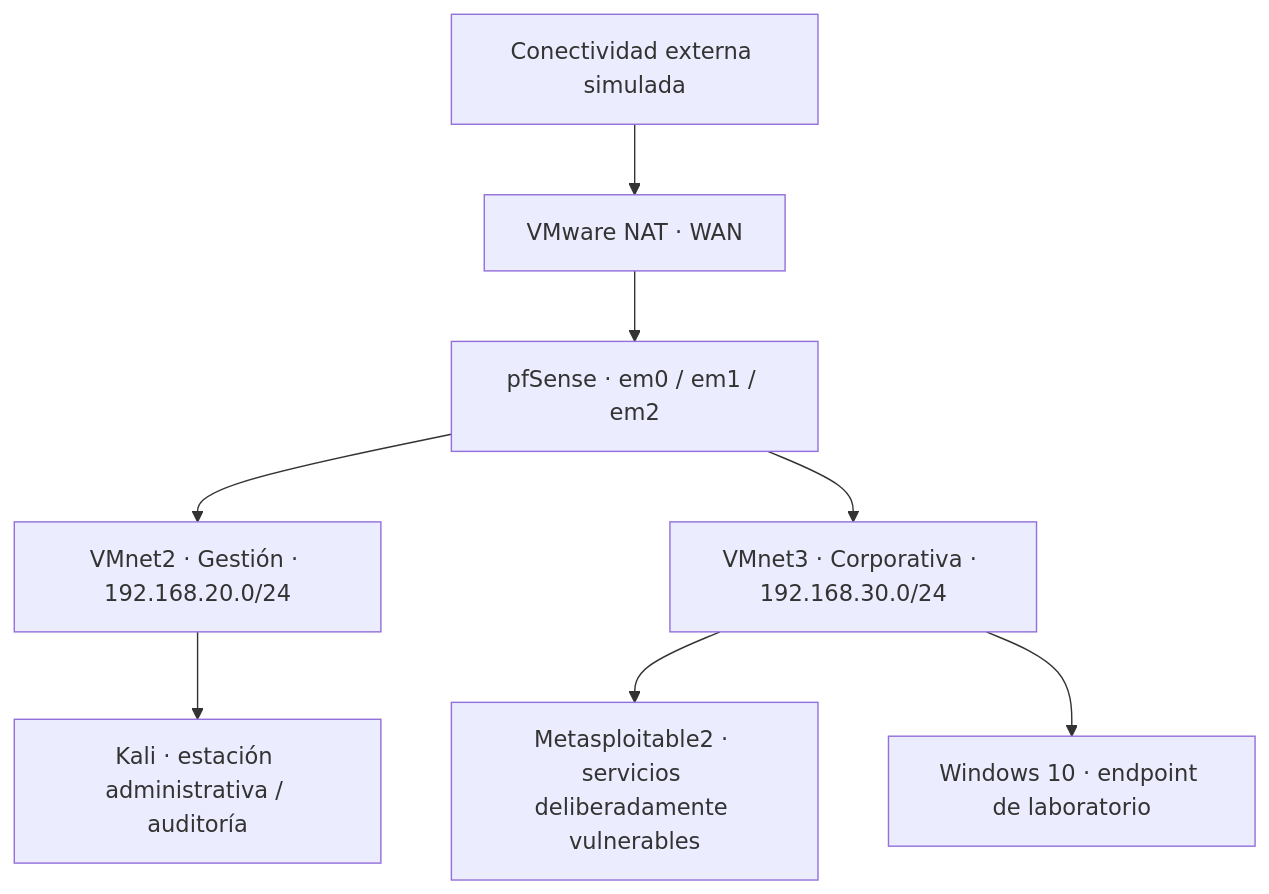
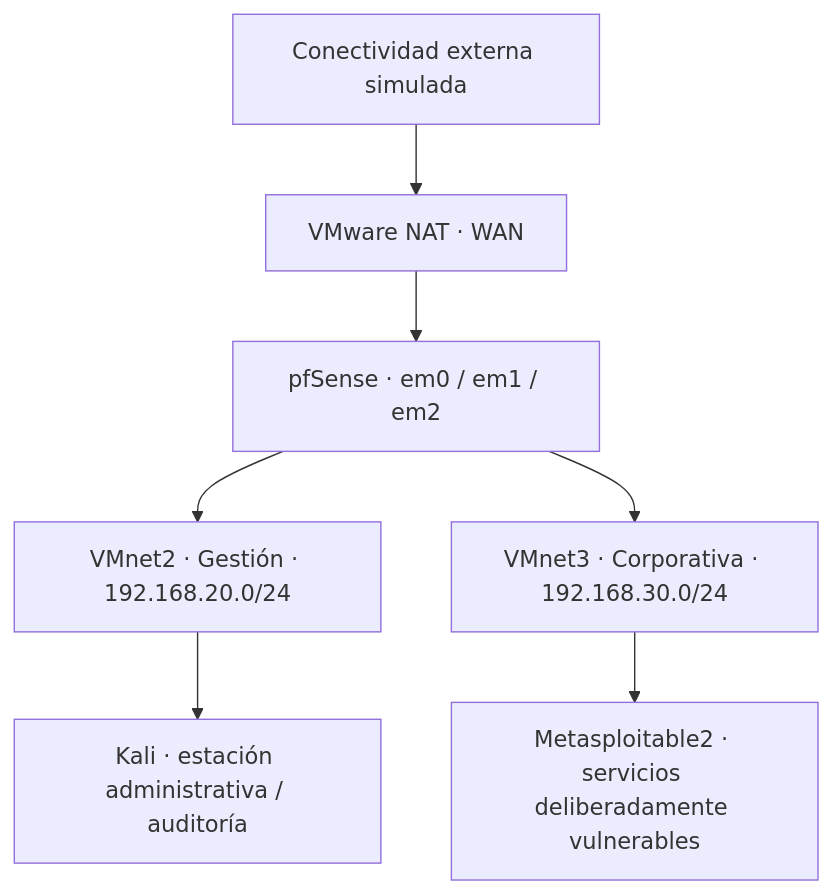
The diagram in README.md (E1P0TR0/pfsense-defense-in-depth-lab), drawn with Mermaid before and after one commit. The commit also changed other lines of this file and 9 other files, not shown here.

Commit message:
docs: correct lab report source, architecture and evidence provenance

````diff
--- a/README.md
+++ b/README.md
@@ -17,10 +19,9 @@
 ```mermaid
 flowchart TB
     INTERNET["Conectividad externa simulada"] --> NAT["VMware NAT · WAN"]
     NAT --> FW["pfSense · em0 / em1 / em2"]
     FW --> MGMT["VMnet2 · Gestión · 192.168.20.0/24"]
     FW --> CORP["VMnet3 · Corporativa · 192.168.30.0/24"]
     MGMT --> KALI["Kali · estación administrativa / auditoría"]
     CORP --> LINUX["Metasploitable2 · servicios deliberadamente vulnerables"]
-    CORP --> WINDOWS["Windows 10 · endpoint de laboratorio"]
 ```
````
